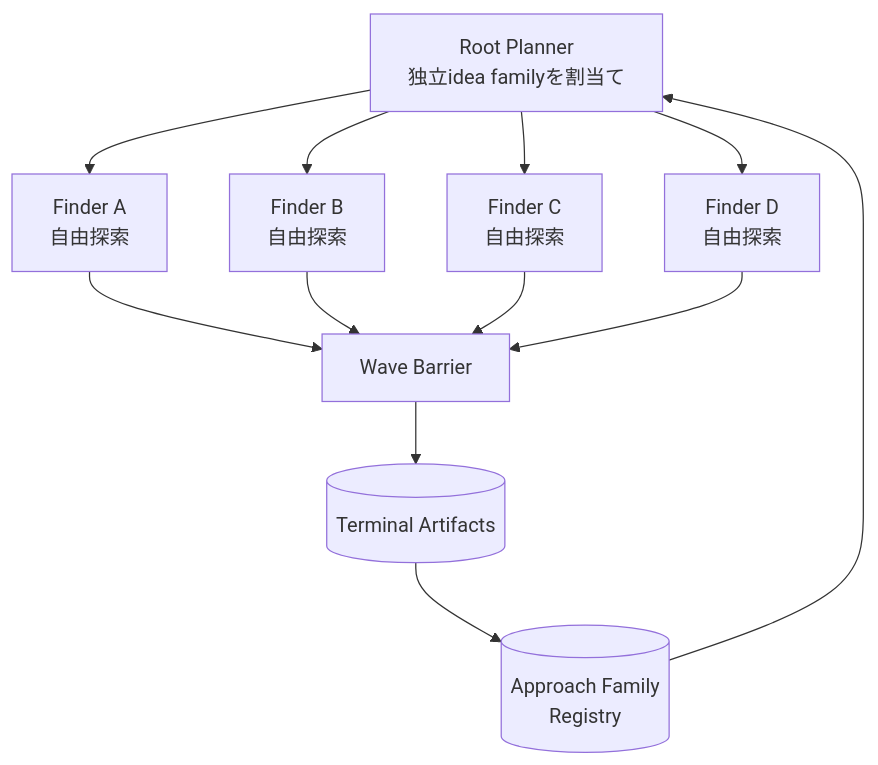
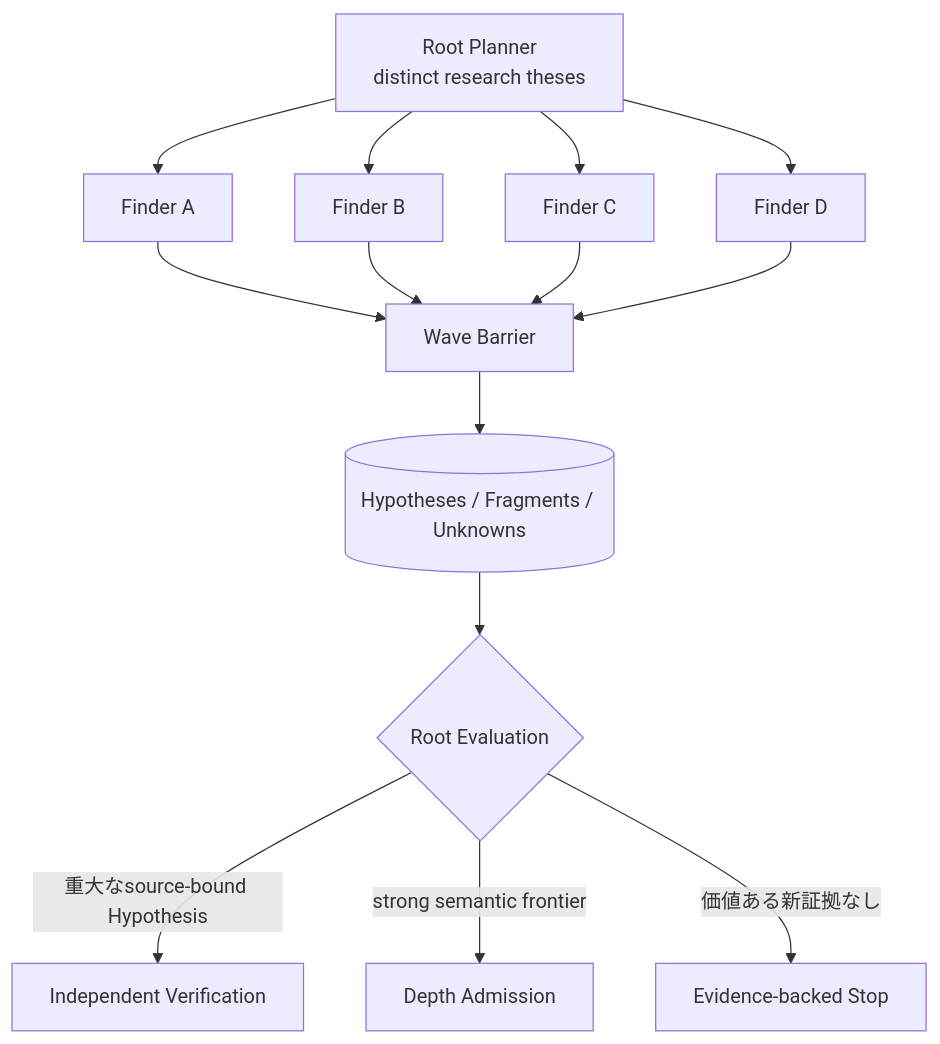
One commit to momoponwork1415-lgtm/wordpress-harness changed the third of 4 diagrams in docs/design/architecture/autonomous-research-loop.md. Above: the diagram before and after it, drawn with Mermaid. The commit also changed other lines of this file, not shown here.

Commit message:
Make semantic research the normal loop

````diff
--- a/docs/design/architecture/autonomous-research-loop.md
+++ b/docs/design/architecture/autonomous-research-loop.md
@@ -62,18 +45,23 @@
 ```mermaid
 flowchart TB
-    planner["Root Planner<br/>独立idea familyを割当て"]
-    registry[("Approach Family<br/>Registry")]
-    f1["Finder A<br/>自由探索"]
-    f2["Finder B<br/>自由探索"]
-    f3["Finder C<br/>自由探索"]
-    f4["Finder D<br/>自由探索"]
+    planner["Root Planner<br/>distinct research theses"]
+    f1["Finder A"]
+    f2["Finder B"]
+    f3["Finder C"]
+    f4["Finder D"]
     barrier["Wave Barrier"]
-    artifacts[("Terminal Artifacts")]
+    artifacts[("Hypotheses / Fragments / Unknowns")]
+    evaluation{"Root Evaluation"}
+    verify["Independent Verification"]
+    depth["Depth Admission"]
+    stop["Evidence-backed Stop"]
 
-    registry --> planner
     planner --> f1 --> barrier
     planner --> f2 --> barrier
     planner --> f3 --> barrier
     planner --> f4 --> barrier
-    barrier --> artifacts --> registry
+    barrier --> artifacts --> evaluation
+    evaluation -->|"重大なsource-bound Hypothesis"| verify
+    evaluation -->|"strong semantic frontier"| depth
+    evaluation -->|"価値ある新証拠なし"| stop
 ```
````
